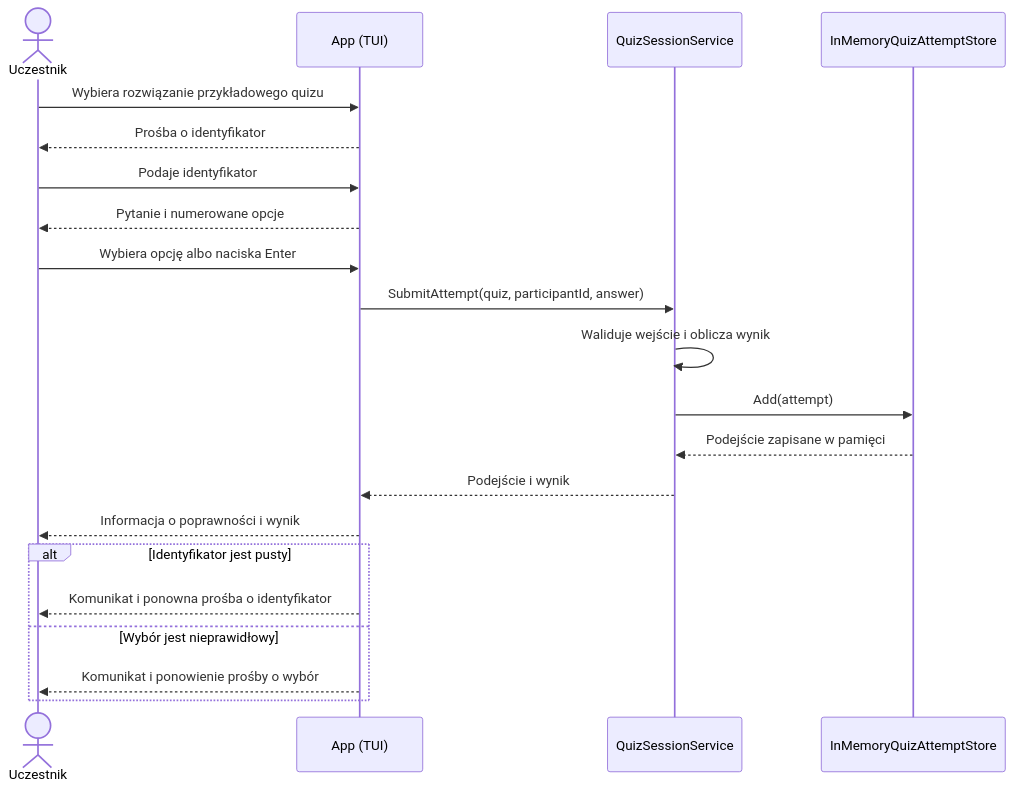
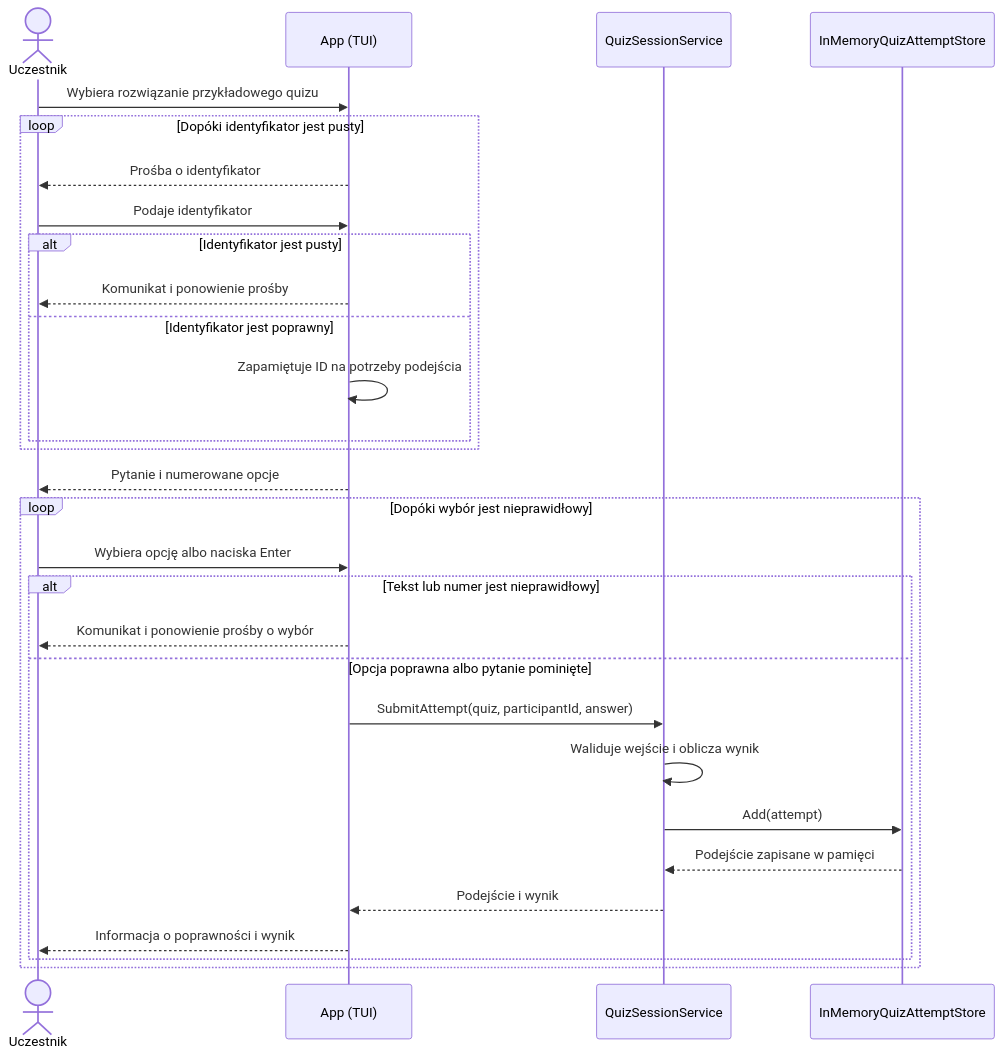
Before and after one commit to beranciak/pio-quiz-mirror: the diagram in docs/lab2/sequence.md, drawn with Mermaid. The commit also changed 2 other files, not shown here.

Commit message:
docs: refine lab 2 diagrams

```diff
--- a/docs/lab2/sequence.md
+++ b/docs/lab2/sequence.md
@@ -5,25 +5,32 @@
 ~~~mermaid
 sequenceDiagram
     actor U as Uczestnik
     participant T as App (TUI)
     participant S as QuizSessionService
     participant M as InMemoryQuizAttemptStore
 
     U->>T: Wybiera rozwiązanie przykładowego quizu
-    T-->>U: Prośba o identyfikator
-    U->>T: Podaje identyfikator
+    loop Dopóki identyfikator jest pusty
+        T-->>U: Prośba o identyfikator
+        U->>T: Podaje identyfikator
+        alt Identyfikator jest pusty
+            T-->>U: Komunikat i ponowienie prośby
+        else Identyfikator jest poprawny
+            T->>T: Zapamiętuje ID na potrzeby podejścia
+        end
+    end
     T-->>U: Pytanie i numerowane opcje
-    U->>T: Wybiera opcję albo naciska Enter
-    T->>S: SubmitAttempt(quiz, participantId, answer)
-    S->>S: Waliduje wejście i oblicza wynik
-    S->>M: Add(attempt)
-    M-->>S: Podejście zapisane w pamięci
-    S-->>T: Podejście i wynik
-    T-->>U: Informacja o poprawności i wynik
-
-    alt Identyfikator jest pusty
-        T-->>U: Komunikat i ponowna prośba o identyfikator
-    else Wybór jest nieprawidłowy
-        T-->>U: Komunikat i ponowienie prośby o wybór
+    loop Dopóki wybór jest nieprawidłowy
+        U->>T: Wybiera opcję albo naciska Enter
+        alt Tekst lub numer jest nieprawidłowy
+            T-->>U: Komunikat i ponowienie prośby o wybór
+        else Opcja poprawna albo pytanie pominięte
+            T->>S: SubmitAttempt(quiz, participantId, answer)
+            S->>S: Waliduje wejście i oblicza wynik
+            S->>M: Add(attempt)
+            M-->>S: Podejście zapisane w pamięci
+            S-->>T: Podejście i wynik
+            T-->>U: Informacja o poprawności i wynik
+        end
     end
 ~~~
```
